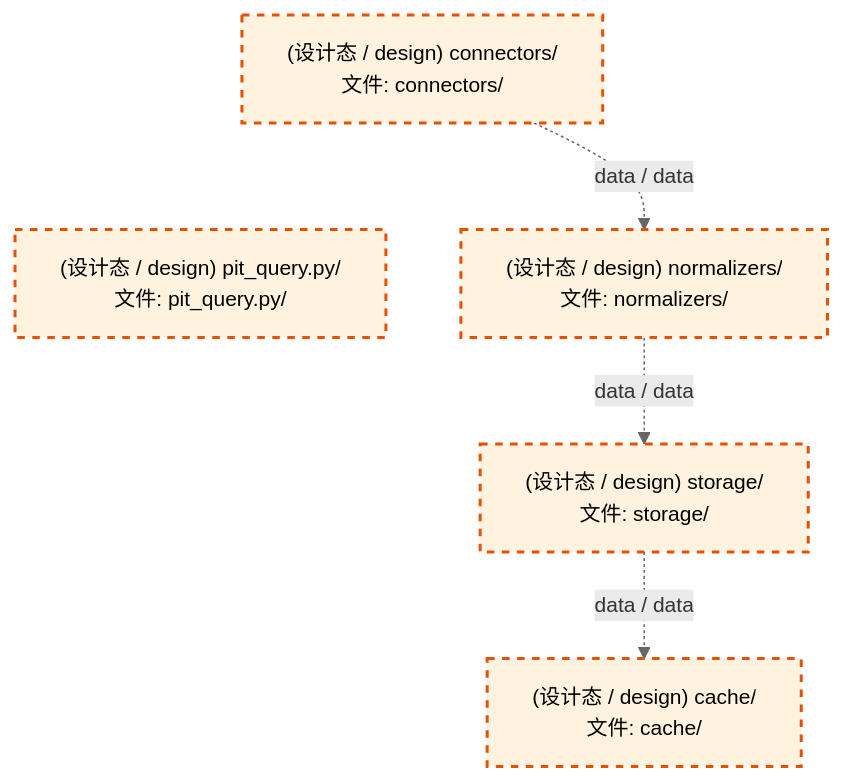
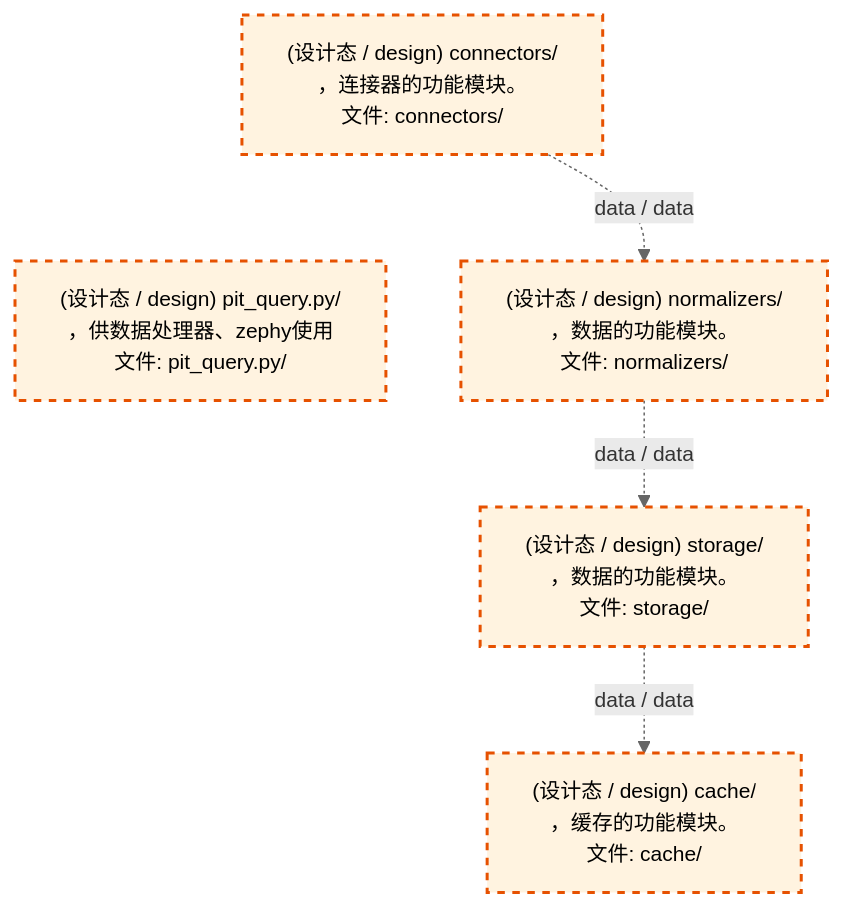
Before and after one commit to xuanFelixVan/ZephyrAlpha: the third of 4 diagrams in docs/02_enterprise_architecture/02_domain_architecture_docs/11_d_data.md, drawn with Mermaid. The commit also changed other lines of this file and 60 other files, not shown here.

````diff
--- a/docs/02_enterprise_architecture/02_domain_architecture_docs/11_d_data.md
+++ b/docs/02_enterprise_architecture/02_domain_architecture_docs/11_d_data.md
@@ -1293,18 +1293,18 @@
 ```mermaid
 %%{init: {'theme': 'base', 'themeVariables': {'primaryColor': '#eaeaea', 'primaryTextColor': '#333333', 'primaryBorderColor': '#666666', 'lineColor': '#666666', 'secondaryColor': '#eaeaea', 'tertiaryColor': '#eaeaea', 'fontSize': '14px'}}}%%
 flowchart TD
-    src_zephyr_data_connectors["(设计态 / design) connectors/<br/>文件: connectors/"]
-    src_zephyr_data_pit_query_py["(设计态 / design) pit_query.py/<br/>文件: pit_query.py/"]
+    src_zephyr_data_connectors["(设计态 / design) connectors/<br/>，连接器的功能模块。<br/>文件: connectors/"]
+    src_zephyr_data_pit_query_py["(设计态 / design) pit_query.py/<br/>，供数据处理器、zephy使用<br/>文件: pit_query.py/"]
     src_zephyr_data_connectors ~~~ src_zephyr_data_pit_query_py
-    src_zephyr_data_normalizers["(设计态 / design) normalizers/<br/>文件: normalizers/"]
-    src_zephyr_data_storage["(设计态 / design) storage/<br/>文件: storage/"]
-    src_zephyr_data_cache["(设计态 / design) cache/<br/>文件: cache/"]
+    src_zephyr_data_normalizers["(设计态 / design) normalizers/<br/>，数据的功能模块。<br/>文件: normalizers/"]
+    src_zephyr_data_storage["(设计态 / design) storage/<br/>，数据的功能模块。<br/>文件: storage/"]
+    src_zephyr_data_cache["(设计态 / design) cache/<br/>，缓存的功能模块。<br/>文件: cache/"]
     src_zephyr_data_connectors -.->|data / data| src_zephyr_data_normalizers
     src_zephyr_data_normalizers -.->|data / data| src_zephyr_data_storage
     src_zephyr_data_storage -.->|data / data| src_zephyr_data_cache
     classDef production fill:#e1f5fe,stroke:#01579b,stroke-width:2px,color:#000
     classDef design fill:#fff3e0,stroke:#e65100,stroke-width:2px,color:#000,stroke-dasharray: 5 5
     classDef external_prod fill:#e8f4fd,stroke:#0277bd,stroke-width:1px,color:#000
     classDef external_design fill:#fff8e7,stroke:#ef6c00,stroke-width:1px,color:#000,stroke-dasharray: 5 5
     class src_zephyr_data_cache,src_zephyr_data_connectors,src_zephyr_data_normalizers,src_zephyr_data_pit_query_py,src_zephyr_data_storage design
 ```
````
